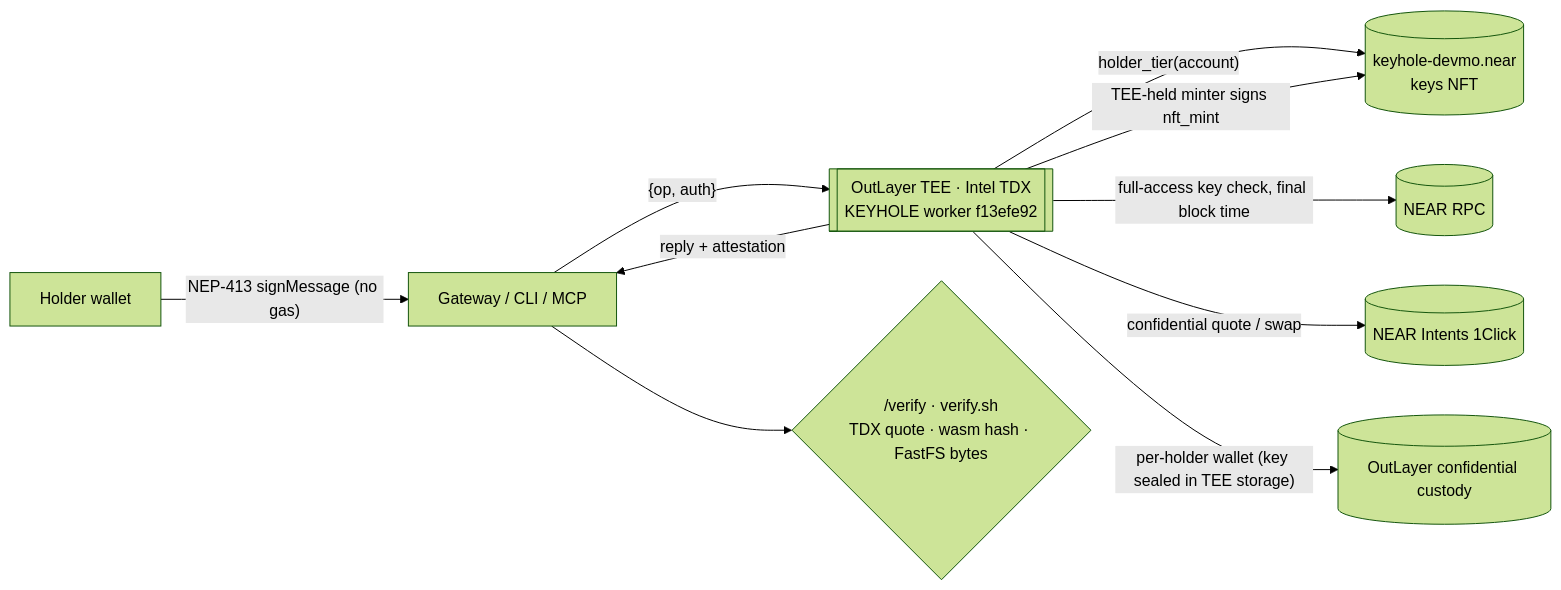
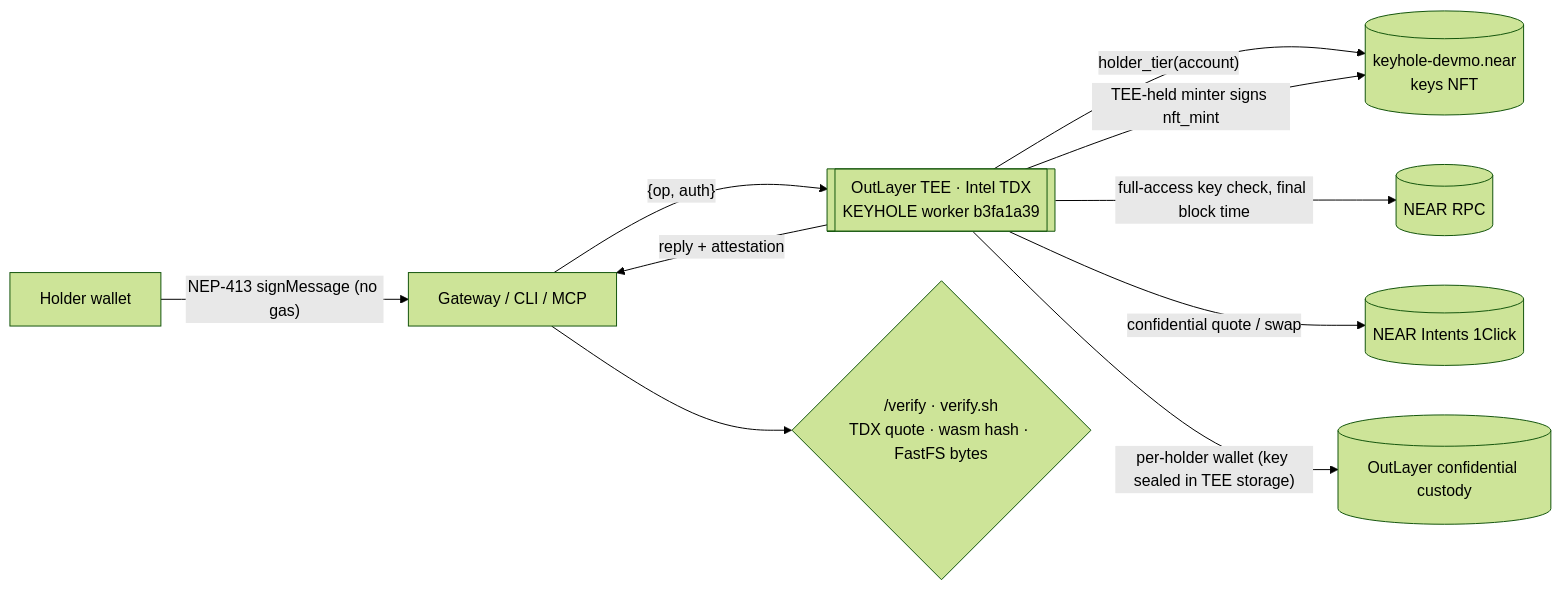
Before and after one commit to mohamedwael201193/keyhole: the first of 2 diagrams in README.md, drawn with Mermaid (forest theme). The commit also changed other lines of this file and 17 other files, not shown here.

````diff
--- a/README.md
+++ b/README.md
@@ -72,12 +100,12 @@
 ```mermaid
 flowchart LR
   H[Holder wallet] -- "NEP-413 signMessage (no gas)" --> G[Gateway / CLI / MCP]
-  G -- "{op, auth}" --> T[[OutLayer TEE · Intel TDX<br/>KEYHOLE worker f13efe92]]
+  G -- "{op, auth}" --> T[[OutLayer TEE · Intel TDX<br/>KEYHOLE worker b3fa1a39]]
   T -- "holder_tier(account)" --> C[(keyhole-devmo.near<br/>keys NFT)]
   T -- "full-access key check, final block time" --> N[(NEAR RPC)]
   T -- "confidential quote / swap" --> I[(NEAR Intents 1Click)]
   T -- "per-holder wallet (key sealed in TEE storage)" --> W[(OutLayer confidential custody)]
   T -- "TEE-held minter signs nft_mint" --> C
   T -- "reply + attestation" --> G
   G --> V{"/verify · verify.sh<br/>TDX quote · wasm hash · FastFS bytes"}
 ```
````
